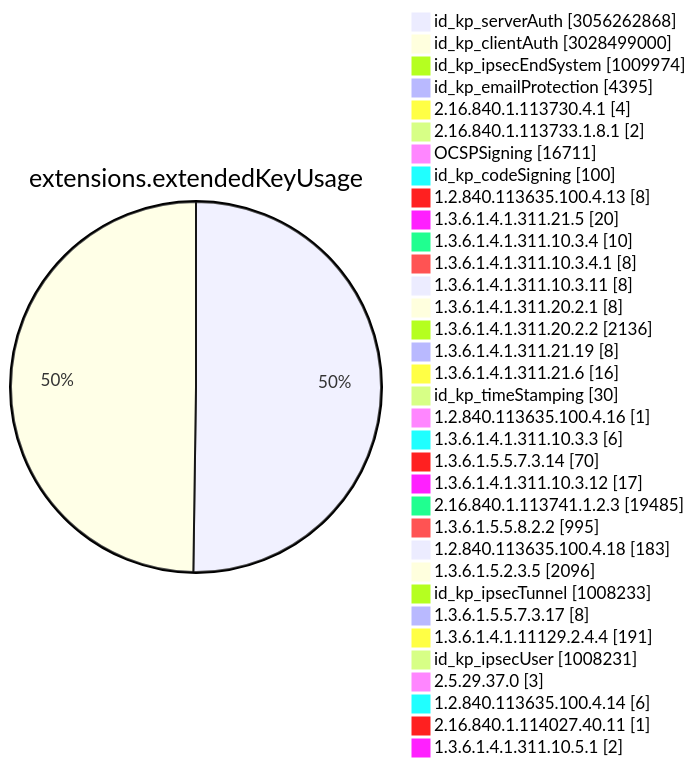
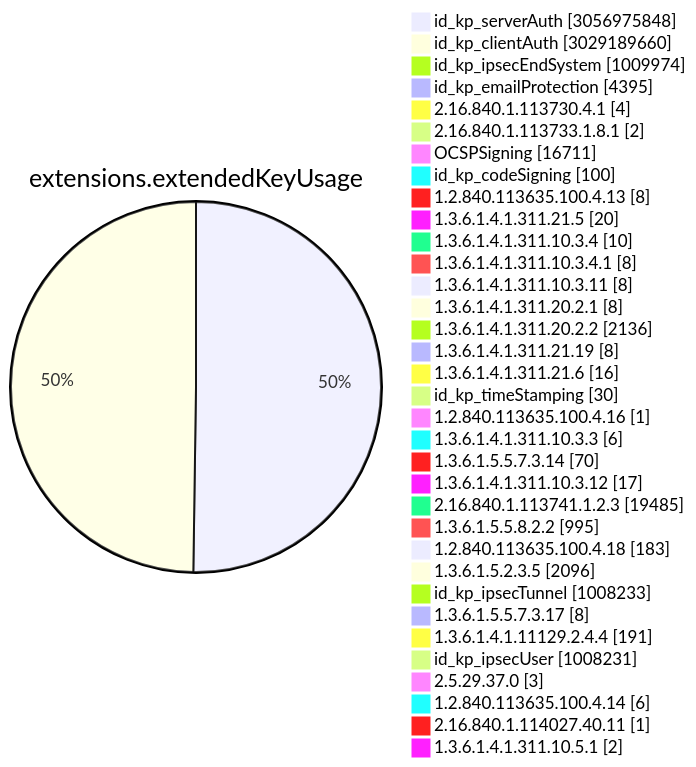
Before and after one commit to christiankrug/ctmonitor_visualization: diagram 11 of 15 in TOTAL/README.md, drawn with Mermaid. The commit also changed other lines of this file, not shown here.

````diff
--- a/TOTAL/README.md
+++ b/TOTAL/README.md
@@ -4118,38 +4119,38 @@
 ```mermaid
 pie showData
 title extensions.extendedKeyUsage
-"id_kp_serverAuth" :3056262868
-"id_kp_clientAuth" :3028499000
+"id_kp_serverAuth" :3056975848
+"id_kp_clientAuth" :3029189660
 "id_kp_ipsecEndSystem" :1009974
 "id_kp_emailProtection" :4395
 "2.16.840.1.113730.4.1" :4
 "2.16.840.1.113733.1.8.1" :2
 "OCSPSigning" :16711
 "id_kp_codeSigning" :100
 "1.2.840.113635.100.4.13" :8
 "1.3.6.1.4.1.311.21.5" :20
 "1.3.6.1.4.1.311.10.3.4" :10
 "1.3.6.1.4.1.311.10.3.4.1" :8
 "1.3.6.1.4.1.311.10.3.11" :8
 "1.3.6.1.4.1.311.20.2.1" :8
 "1.3.6.1.4.1.311.20.2.2" :2136
 "1.3.6.1.4.1.311.21.19" :8
 "1.3.6.1.4.1.311.21.6" :16
 "id_kp_timeStamping" :30
 "1.2.840.113635.100.4.16" :1
 "1.3.6.1.4.1.311.10.3.3" :6
 "1.3.6.1.5.5.7.3.14" :70
 "1.3.6.1.4.1.311.10.3.12" :17
 "2.16.840.1.113741.1.2.3" :19485
 "1.3.6.1.5.5.8.2.2" :995
 "1.2.840.113635.100.4.18" :183
 "1.3.6.1.5.2.3.5" :2096
 "id_kp_ipsecTunnel" :1008233
 "1.3.6.1.5.5.7.3.17" :8
 "1.3.6.1.4.1.11129.2.4.4" :191
 "id_kp_ipsecUser" :1008231
 "2.5.29.37.0" :3
 "1.2.840.113635.100.4.14" :6
 "2.16.840.1.114027.40.11" :1
 "1.3.6.1.4.1.311.10.5.1" :2
 ```
````
